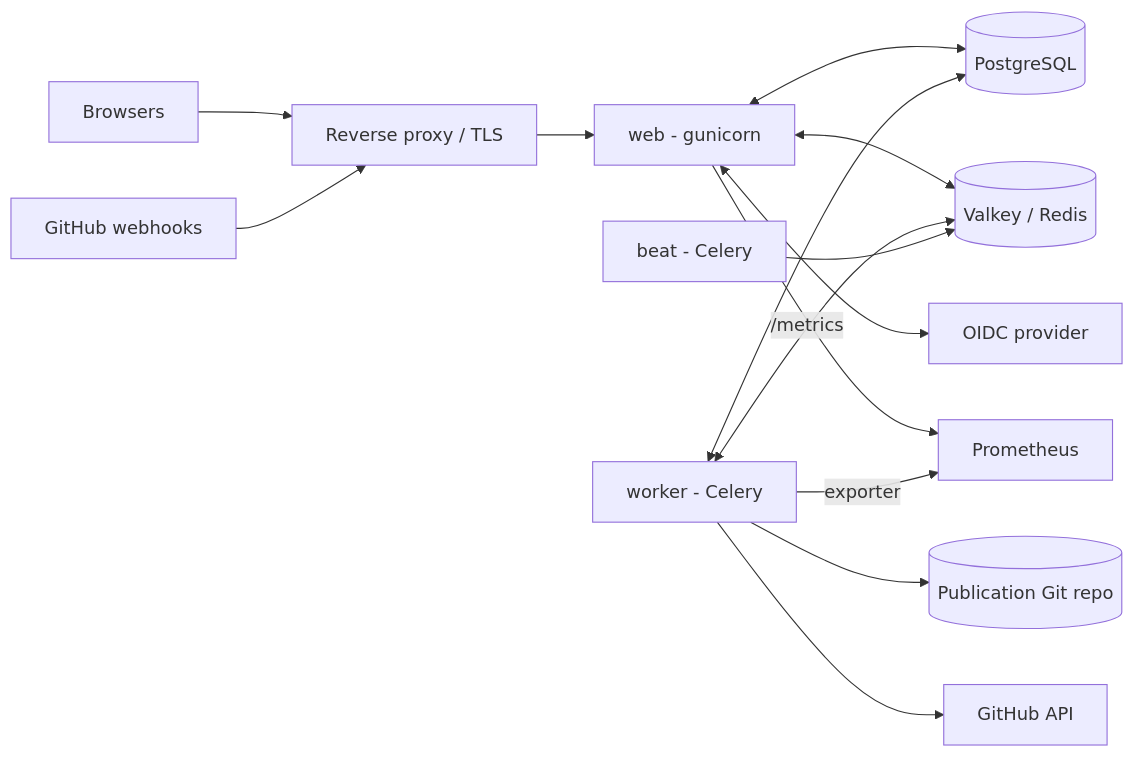
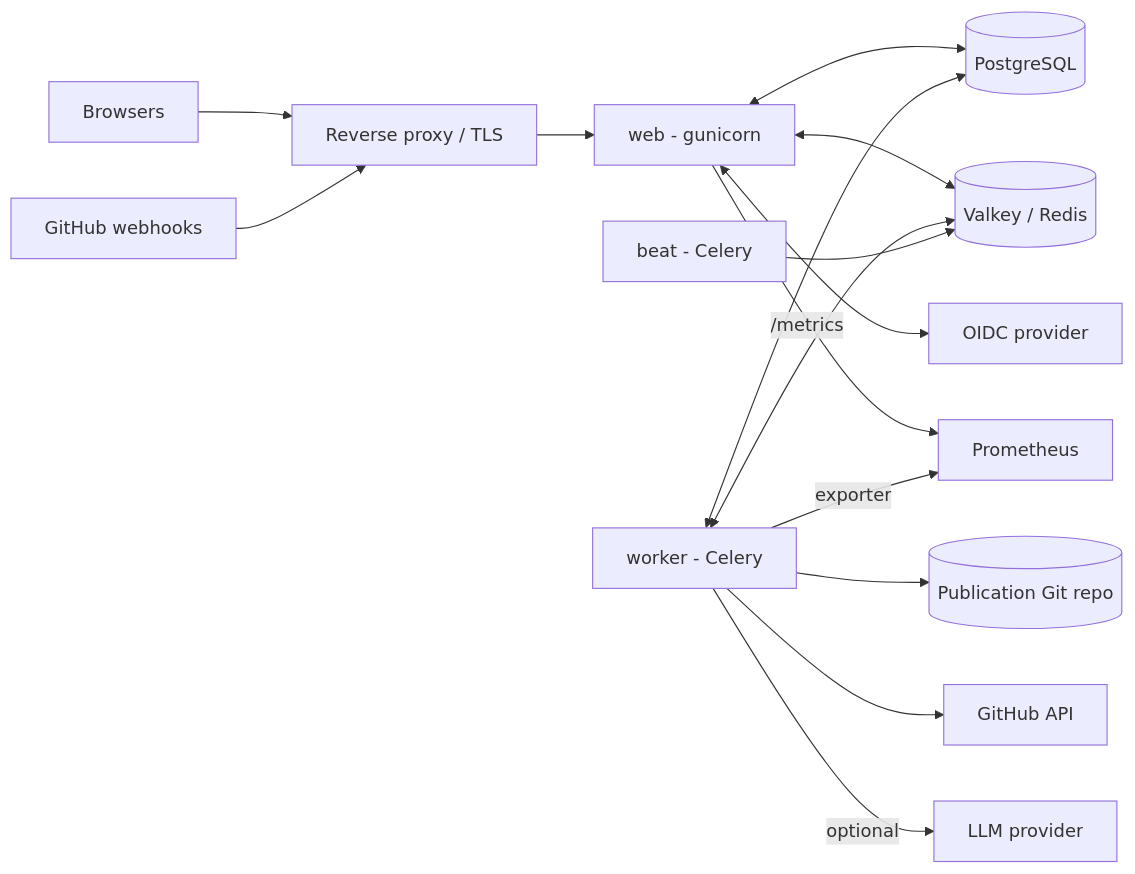
Before and after one commit to eclipse-csi/advisoryhub: the diagram in docs/operations/README.md, drawn with Mermaid. The commit also changed other lines of this file and 6 other files, not shown here.

````diff
--- a/docs/operations/README.md
+++ b/docs/operations/README.md
@@ -34,20 +34,21 @@
 ```mermaid
 flowchart LR
     U[Browsers]
     GH[GitHub webhooks]
     U --> LB[Reverse proxy / TLS]
     GH --> LB
     LB --> WEB[web - gunicorn]
     BEAT[beat - Celery]
     WK[worker - Celery]
     WEB <--> PG[(PostgreSQL)]
     WEB <--> VK[(Valkey / Redis)]
     WEB <--> IDP[OIDC provider]
     WK <--> PG
     WK <--> VK
     BEAT --> VK
     WK --> PUB[(Publication Git repo)]
     WK --> GHAPI[GitHub API]
+    WK -->|optional| LLM[LLM provider]
     WEB -->|/metrics| PROM[Prometheus]
     WK -->|exporter| PROM
 ```
````
